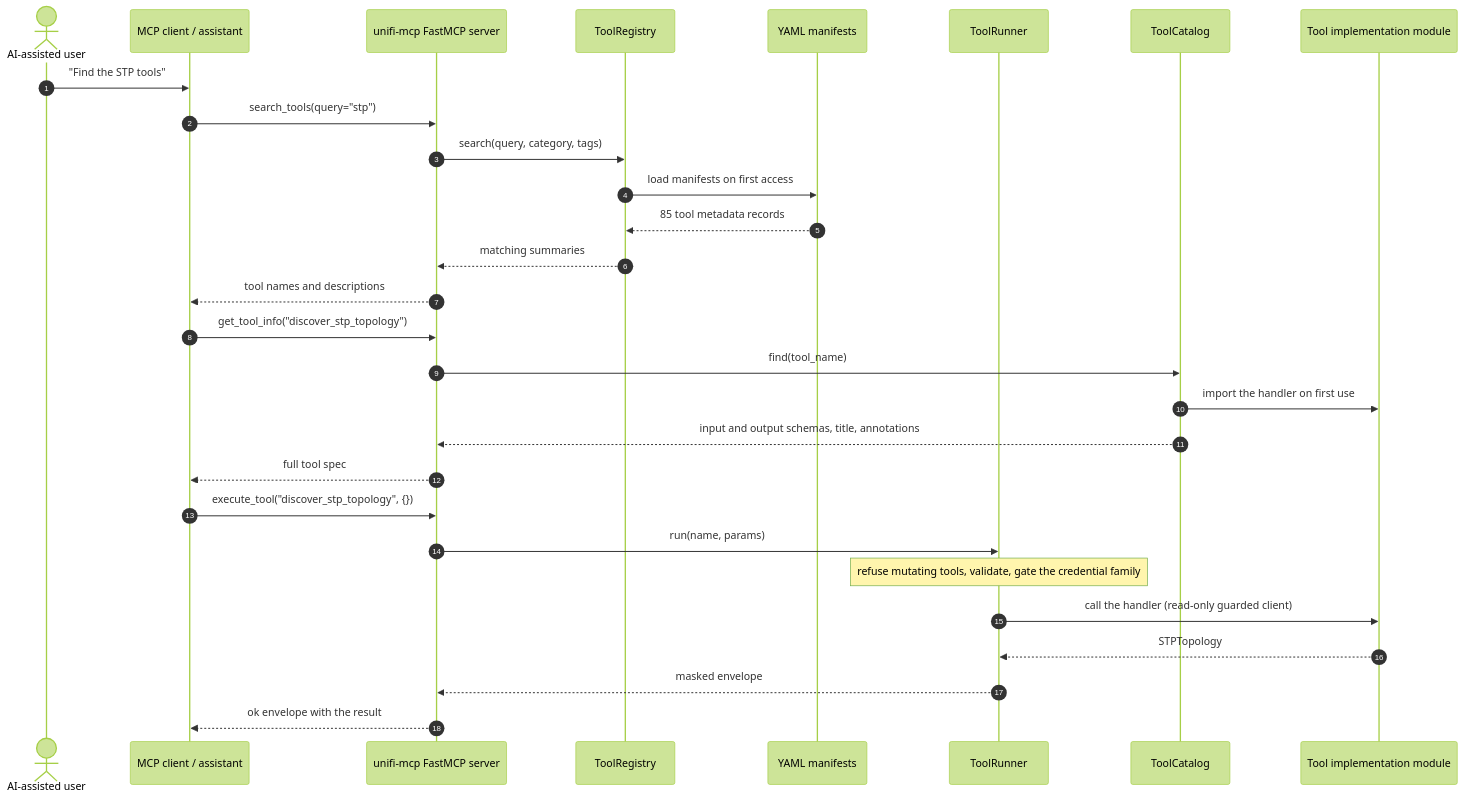
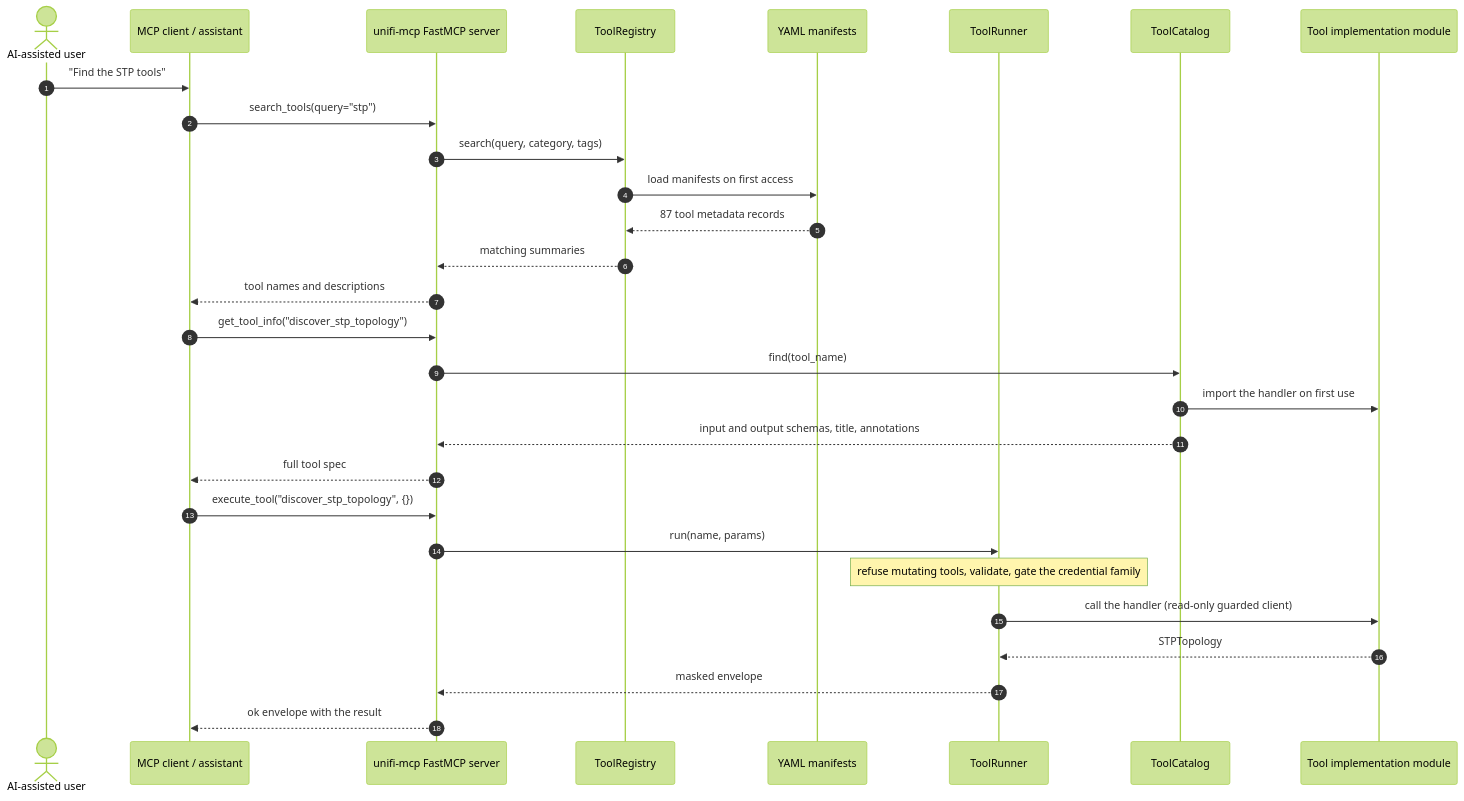
One commit to NetDevAutomate/unifi_management_cli changed diagram 26 of 26 in docs/architecture/c4-architecture.md. Above: the diagram before and after it, drawn with Mermaid (forest theme). The commit also changed other lines of this file and 19 other files, not shown here.

````diff
--- a/docs/architecture/c4-architecture.md
+++ b/docs/architecture/c4-architecture.md
@@ -1271,32 +1271,32 @@
 ```mermaid
 sequenceDiagram
     autonumber
     actor User as AI-assisted user
     participant Assistant as MCP client / assistant
     participant Server as unifi-mcp FastMCP server
     participant Registry as ToolRegistry
     participant Manifest as YAML manifests
     participant Runner as ToolRunner
     participant Catalog as ToolCatalog
     participant Tool as Tool implementation module
 
     User->>Assistant: "Find the STP tools"
     Assistant->>Server: search_tools(query="stp")
     Server->>Registry: search(query, category, tags)
     Registry->>Manifest: load manifests on first access
-    Manifest-->>Registry: 85 tool metadata records
+    Manifest-->>Registry: 87 tool metadata records
     Registry-->>Server: matching summaries
     Server-->>Assistant: tool names and descriptions
     Assistant->>Server: get_tool_info("discover_stp_topology")
     Server->>Catalog: find(tool_name)
     Catalog->>Tool: import the handler on first use
     Catalog-->>Server: input and output schemas, title, annotations
     Server-->>Assistant: full tool spec
     Assistant->>Server: execute_tool("discover_stp_topology", {})
     Server->>Runner: run(name, params)
     Note over Runner: refuse mutating tools, validate, gate the credential family
     Runner->>Tool: call the handler (read-only guarded client)
     Tool-->>Runner: STPTopology
     Runner-->>Server: masked envelope
     Server-->>Assistant: ok envelope with the result
 ```
````
